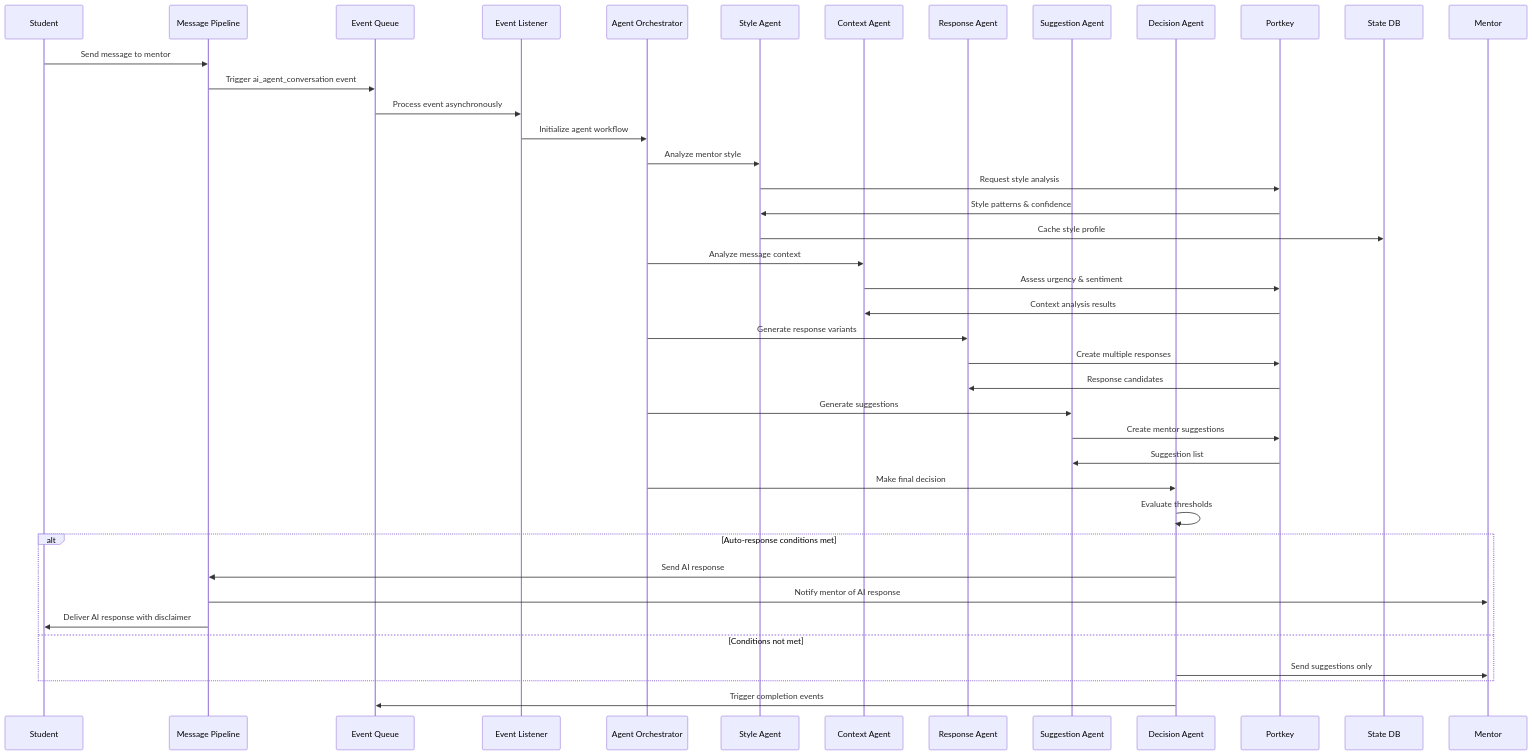
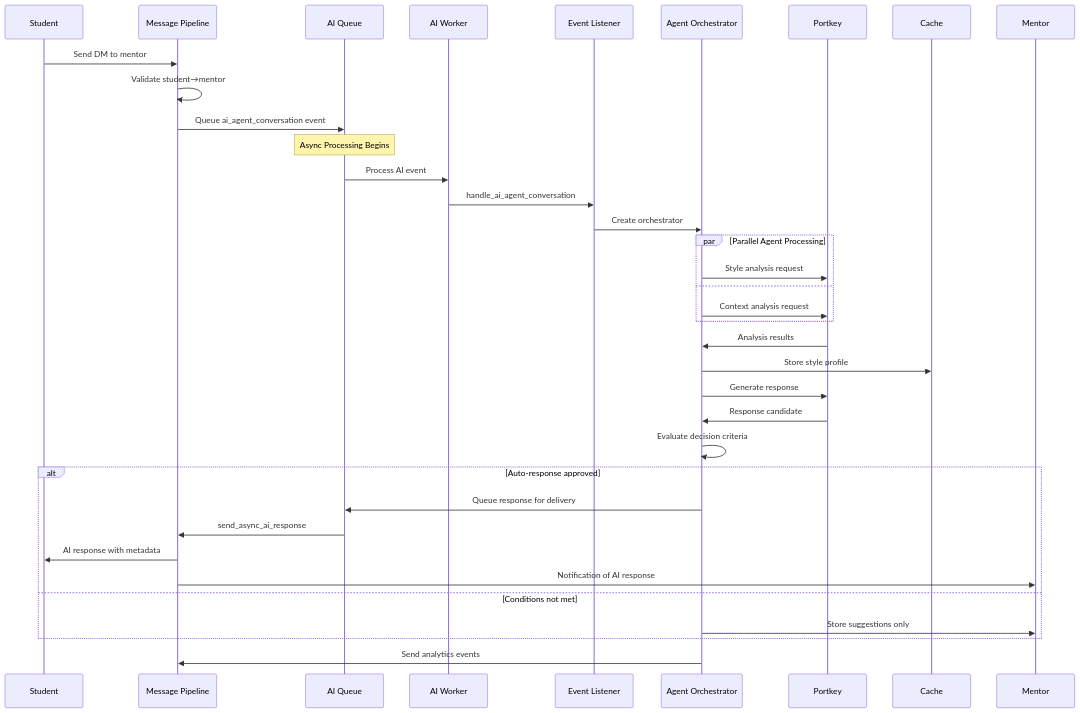
Before and after one commit to xandylearning/zulip: the second of 14 diagrams in docs/development/ai agent/ai-agent-architecture.md, drawn with Mermaid. The commit also changed other lines of this file and 27 other files, not shown here.

First line of the commit message:
feat(ai-agent-system): implement comprehensive AI mentor system and related configurations

````diff
--- a/docs/development/ai agent/ai-agent-architecture.md
+++ b/docs/development/ai agent/ai-agent-architecture.md
@@ -46,51 +55,46 @@
 ```mermaid
 sequenceDiagram
     participant S as Student
     participant MP as Message Pipeline
-    participant EQ as Event Queue
+    participant Q as AI Queue
+    participant W as AI Worker
     participant EL as Event Listener
     participant AO as Agent Orchestrator
-    participant SA as Style Agent
-    participant CA as Context Agent
-    participant RG as Response Agent
-    participant IS as Suggestion Agent
-    participant DA as Decision Agent
     participant PK as Portkey
-    participant DB as State DB
+    participant Cache as Cache
     participant M as Mentor
 
-    S->>MP: Send message to mentor
-    MP->>EQ: Trigger ai_agent_conversation event
-    EQ->>EL: Process event asynchronously
-    EL->>AO: Initialize agent workflow
-
-    AO->>SA: Analyze mentor style
-    SA->>PK: Request style analysis
-    PK->>SA: Style patterns & confidence
-    SA->>DB: Cache style profile
-
-    AO->>CA: Analyze message context
-    CA->>PK: Assess urgency & sentiment
-    PK->>CA: Context analysis results
-
-    AO->>RG: Generate response variants
-    RG->>PK: Create multiple responses
-    PK->>RG: Response candidates
-
-    AO->>IS: Generate suggestions
-    IS->>PK: Create mentor suggestions
-    PK->>IS: Suggestion list
-
-    AO->>DA: Make final decision
-    DA->>DA: Evaluate thresholds
-
-    alt Auto-response conditions met
-        DA->>MP: Send AI response
-        MP->>M: Notify mentor of AI response
-        MP->>S: Deliver AI response with disclaimer
+    S->>MP: Send DM to mentor
+    MP->>MP: Validate student→mentor
+    MP->>Q: Queue ai_agent_conversation event
+    
+    Note over Q: Async Processing Begins
+    Q->>W: Process AI event
+    W->>EL: handle_ai_agent_conversation
+    EL->>AO: Create orchestrator
+    
+    par Parallel Agent Processing
+        AO->>PK: Style analysis request
+        and
+        AO->>PK: Context analysis request
+    end
+    
+    PK->>AO: Analysis results
+    AO->>Cache: Store style profile
+    
+    AO->>PK: Generate response
+    PK->>AO: Response candidate
+    
+    AO->>AO: Evaluate decision criteria
+    
+    alt Auto-response approved
+        AO->>Q: Queue response for delivery
+        Q->>MP: send_async_ai_response
+        MP->>S: AI response with metadata
+        MP->>M: Notification of AI response
     else Conditions not met
-        DA->>M: Send suggestions only
+        AO->>M: Store suggestions only
     end
-
-    DA->>EQ: Trigger completion events
+    
+    AO->>MP: Send analytics events
 ```
````
